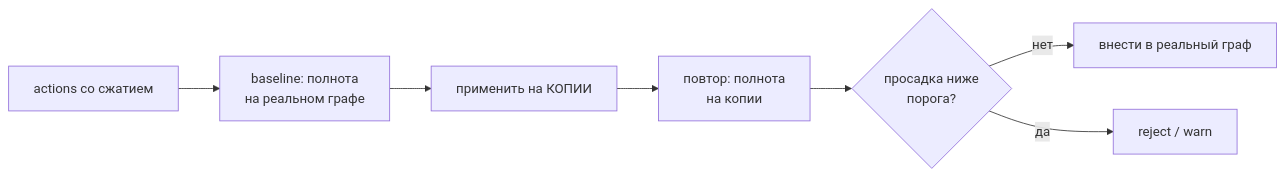
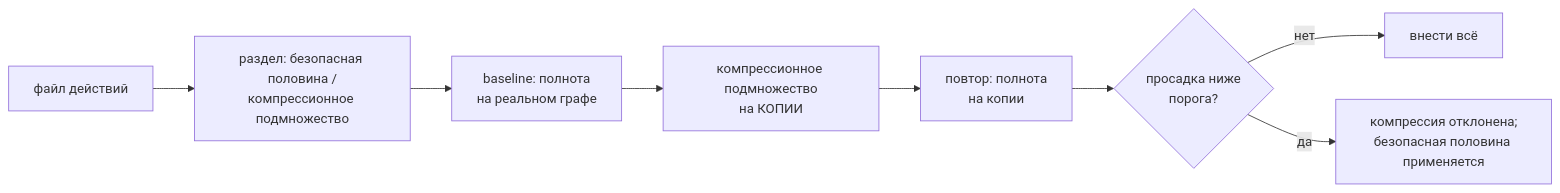
The third of 3 diagrams in docs/ru/architecture/07-consolidation.md (Kvazar123/llm-amg), drawn with Mermaid before and after one commit. The commit also changed other lines of this file and 11 other files, not shown here.

````diff
--- a/docs/ru/architecture/07-consolidation.md
+++ b/docs/ru/architecture/07-consolidation.md
@@ -106,9 +106,10 @@
 ```mermaid
 flowchart LR
-    A["actions со сжатием"] --> B["baseline: полнота<br/>на реальном графе"]
-    B --> C["применить на КОПИИ"]
+    A["файл действий"] --> S["раздел: безопасная половина /<br/>компрессионное подмножество"]
+    S --> B["baseline: полнота<br/>на реальном графе"]
+    B --> C["компрессионное подмножество<br/>на КОПИИ"]
     C --> D["повтор: полнота<br/>на копии"]
     D --> E{просадка ниже<br/>порога?}
-    E -->|нет| OK["внести в реальный граф"]
-    E -->|да| F["reject / warn"]
+    E -->|нет| OK["внести всё"]
+    E -->|да| F["компрессия отклонена;<br/>безопасная половина применяется"]
 ```
````
